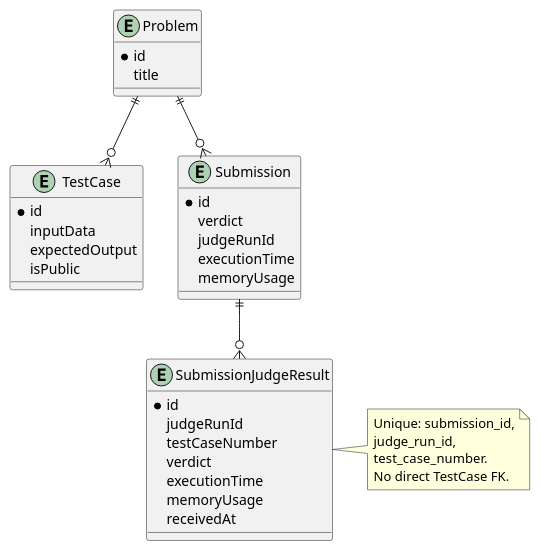
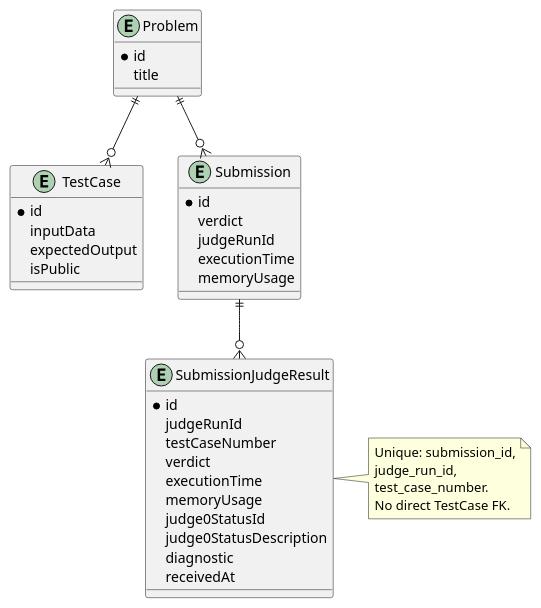
One commit to AuraC-graduate-project/AuraC2 changed diagram 16 of 17 in docs/report-rebuild/diagram-prompts.md. Above: the diagram before and after it, drawn with PlantUML. The commit also changed other lines of this file and 3 other files, not shown here.

````diff
--- a/docs/report-rebuild/diagram-prompts.md
+++ b/docs/report-rebuild/diagram-prompts.md
@@ -686,39 +685,42 @@
 ```plantuml
 @startuml
 entity Problem {
   * id
   title
 }
 entity TestCase {
   * id
   inputData
   expectedOutput
   isPublic
 }
 entity Submission {
   * id
   verdict
   judgeRunId
   executionTime
   memoryUsage
 }
 entity SubmissionJudgeResult {
   * id
   judgeRunId
   testCaseNumber
   verdict
   executionTime
   memoryUsage
+  judge0StatusId
+  judge0StatusDescription
+  diagnostic
   receivedAt
 }
 Problem ||--o{ TestCase
 Problem ||--o{ Submission
 Submission ||--o{ SubmissionJudgeResult
 note right of SubmissionJudgeResult
 Unique: submission_id,
 judge_run_id,
 test_case_number.
 No direct TestCase FK.
 end note
 @enduml
 ```
````
